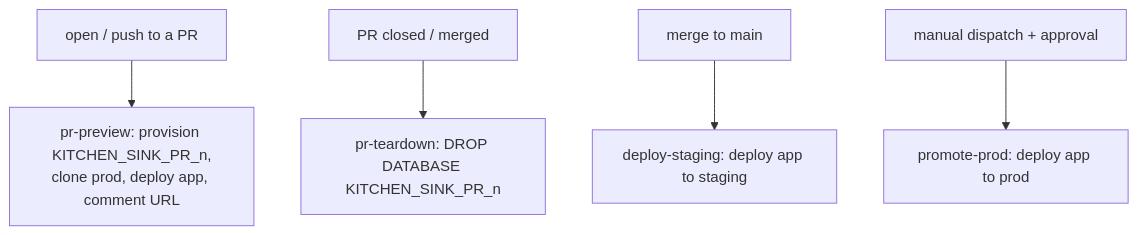
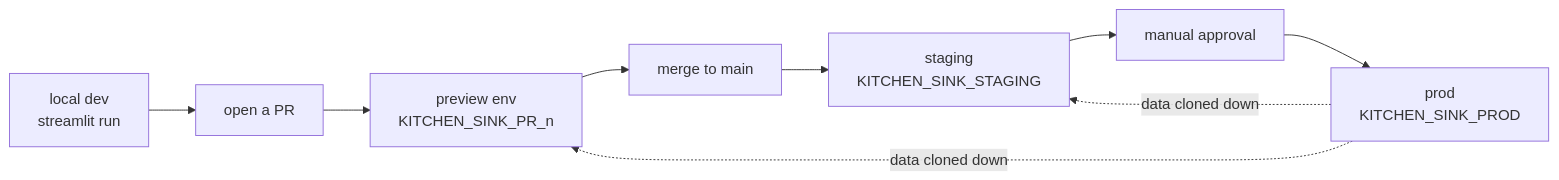
The diagram in docs/03-cicd.md (sfc-gh-rdominguez/streamlit-kitchen-sink), drawn with Mermaid before and after one commit. The commit also changed other lines of this file and 4 other files, not shown here.

````diff
--- a/docs/03-cicd.md
+++ b/docs/03-cicd.md
@@ -20,7 +15,11 @@
 ```mermaid
-graph TD
-    PR["open / push to a PR"] --> PREVIEW["pr-preview: provision KITCHEN_SINK_PR_n,<br/>clone prod, deploy app, comment URL"]
-    CLOSE["PR closed / merged"] --> TEARDOWN["pr-teardown: DROP DATABASE KITCHEN_SINK_PR_n"]
-    MERGE["merge to main"] --> STAGING["deploy-staging: deploy app to staging"]
-    DISPATCH["manual dispatch + approval"] --> PROD["promote-prod: deploy app to prod"]
+graph LR
+    DEV["local dev<br/>streamlit run"] --> PR["open a PR"]
+    PR --> PREVIEW["preview env<br/>KITCHEN_SINK_PR_n"]
+    PREVIEW --> MERGE["merge to main"]
+    MERGE --> STAGING["staging<br/>KITCHEN_SINK_STAGING"]
+    STAGING --> GATE["manual approval"]
+    GATE --> PROD["prod<br/>KITCHEN_SINK_PROD"]
+    PROD -. "data cloned down" .-> STAGING
+    PROD -. "data cloned down" .-> PREVIEW
 ```
````
